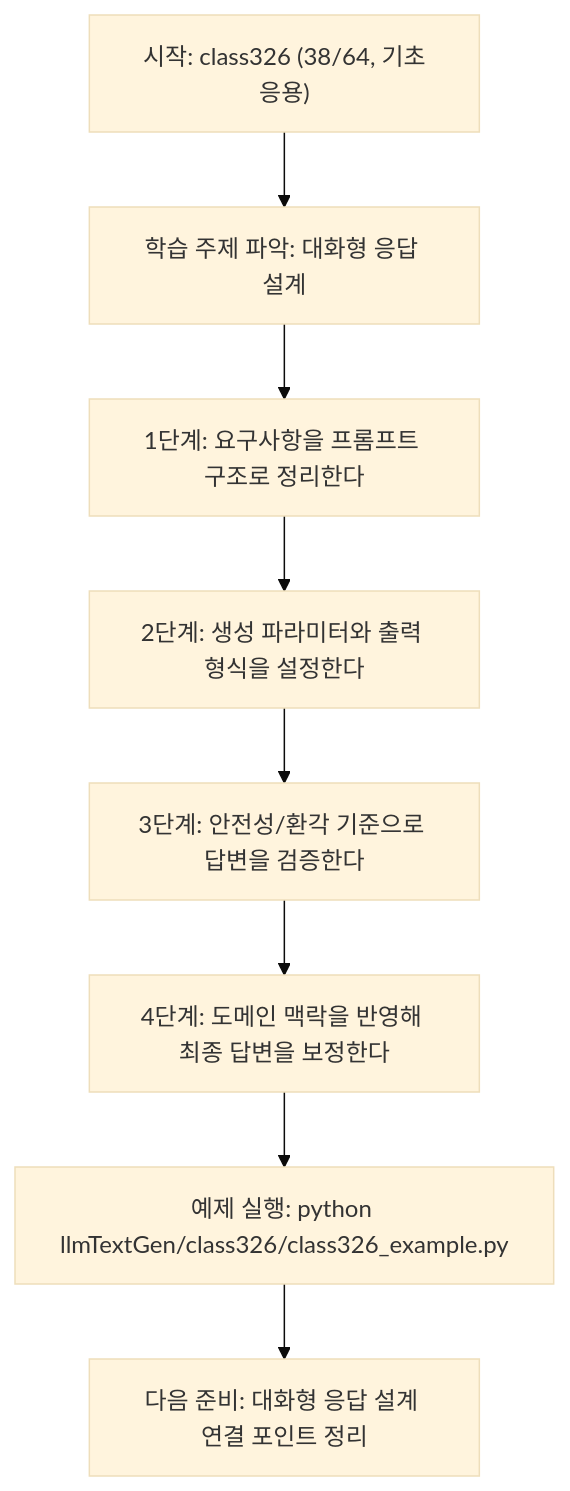
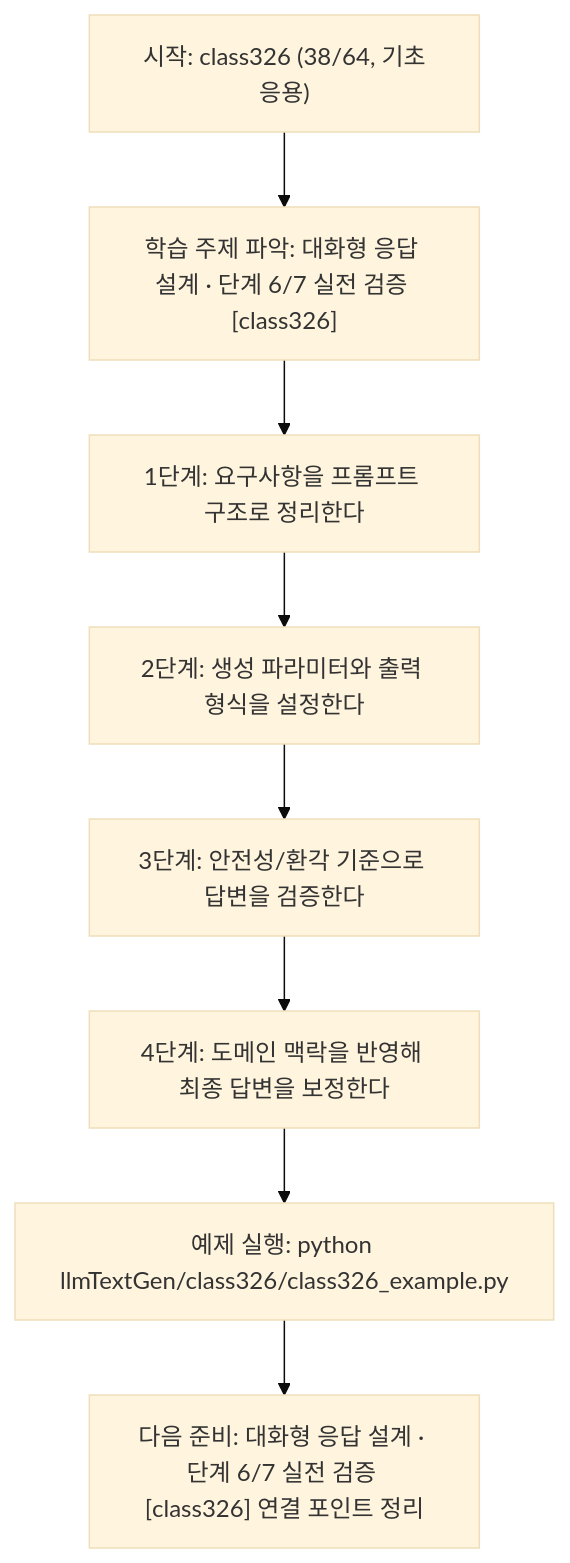
The diagram in llmTextGen/class326/class326.md (edumgt/Python-AI_Agent-Class), drawn with Mermaid (base theme) before and after one commit. The commit also changed other lines of this file and 522 other files, not shown here.

````diff
--- a/llmTextGen/class326/class326.md
+++ b/llmTextGen/class326/class326.md
@@ -113,18 +114,18 @@
 ```mermaid
 flowchart TD
 N1["시작: class326 (38/64, 기초응용)"]
-N2["학습 주제 파악: 대화형 응답 설계"]
+N2["학습 주제 파악: 대화형 응답 설계 · 단계 6/7 실전 검증 [class326]"]
 N3["1단계: 요구사항을 프롬프트 구조로 정리한다"]
 N4["2단계: 생성 파라미터와 출력 형식을 설정한다"]
 N5["3단계: 안전성/환각 기준으로 답변을 검증한다"]
 N6["4단계: 도메인 맥락을 반영해 최종 답변을 보정한다"]
 N7["예제 실행: python llmTextGen/class326/class326_example.py"]
-N8["다음 준비: 대화형 응답 설계 연결 포인트 정리"]
+N8["다음 준비: 대화형 응답 설계 · 단계 6/7 실전 검증 [class326] 연결 포인트 정리"]
 N1 --> N2
 N2 --> N3
 N3 --> N4
 N4 --> N5
 N5 --> N6
 N6 --> N7
 N7 --> N8
 ```
````
